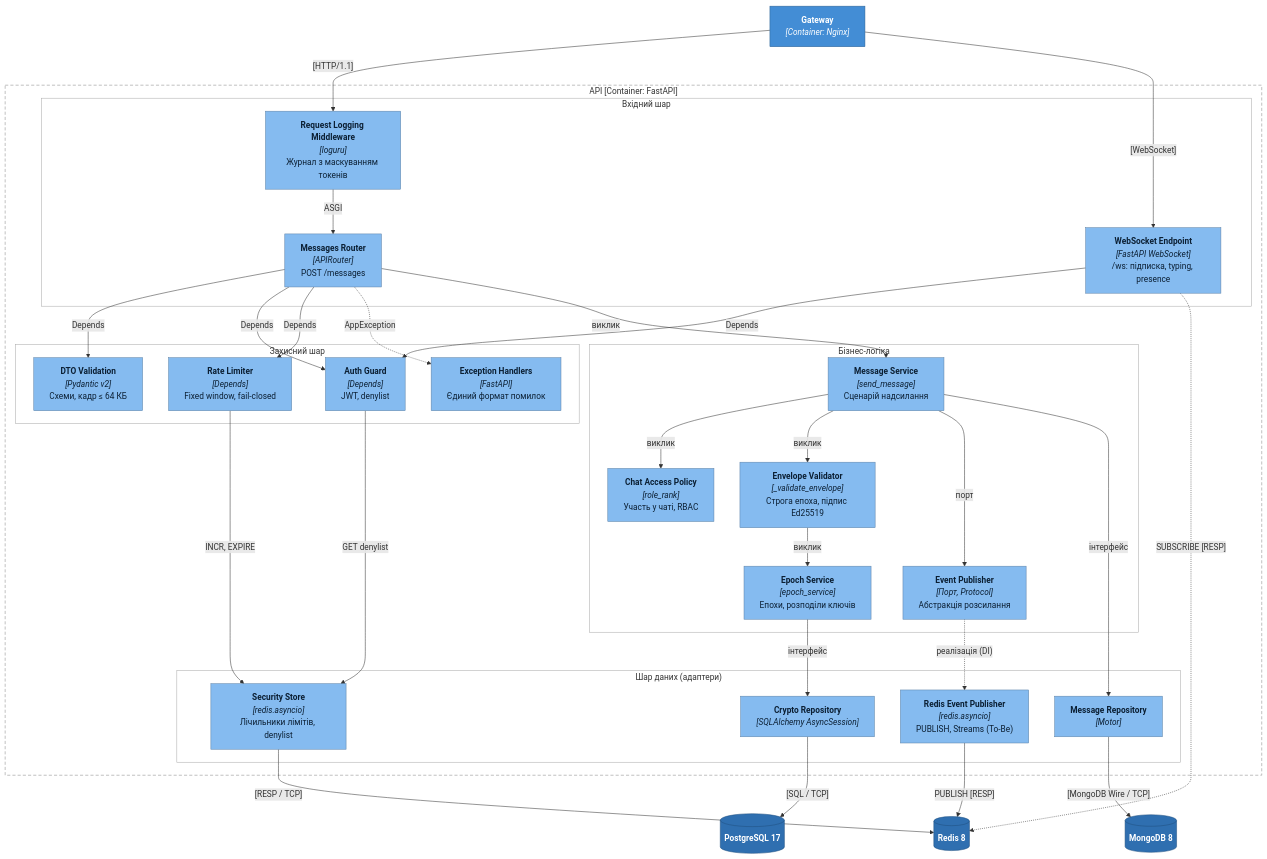
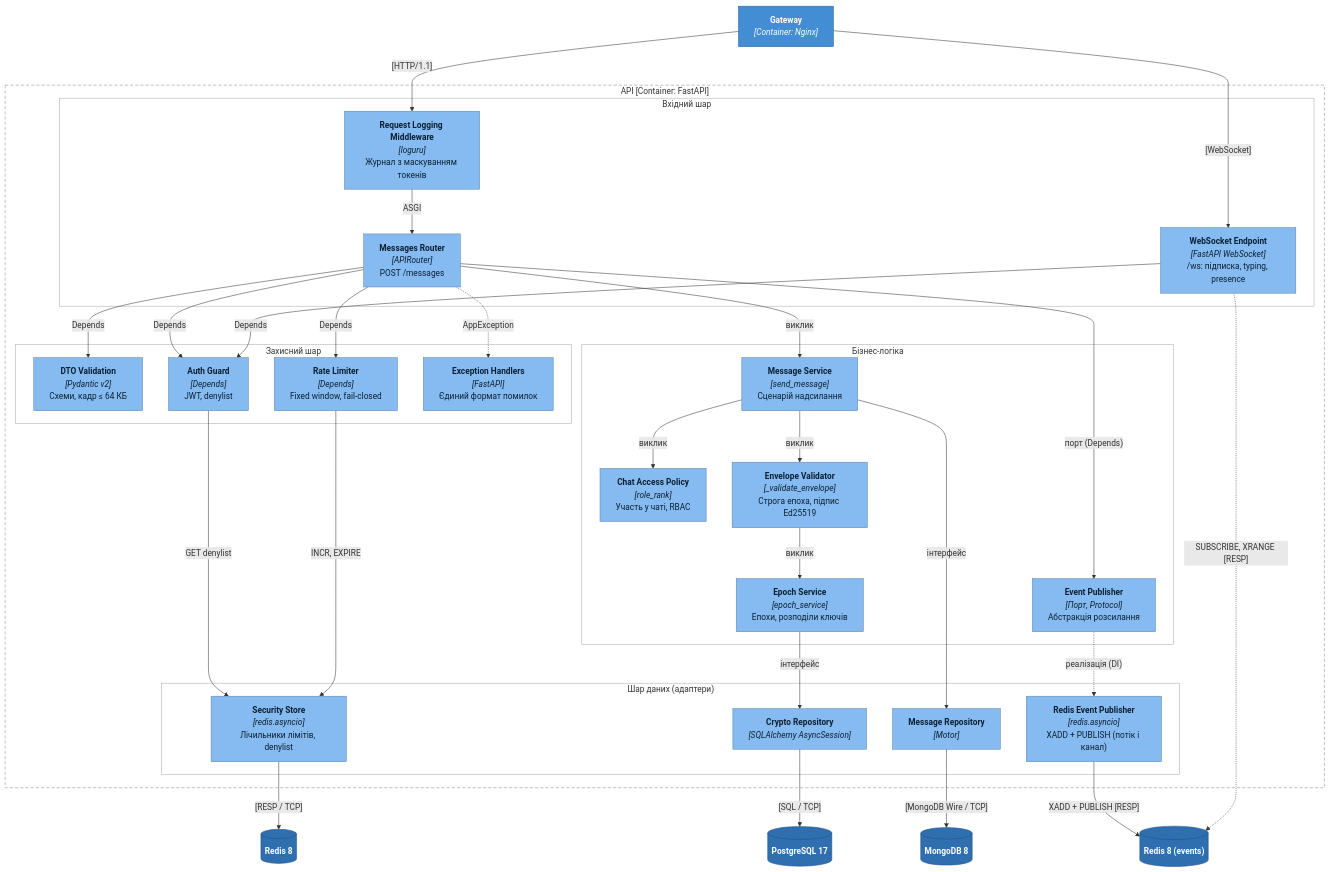
One commit to Bananbka/F2-diploma-project changed the third of 9 diagrams in docs/2_design.md. Above: the diagram before and after it, drawn with Mermaid. The commit also changed other lines of this file and 7 other files, not shown here.

````diff
--- a/docs/2_design.md
+++ b/docs/2_design.md
@@ -188,67 +193,68 @@
 ```mermaid
 flowchart TB
   gw["<b>Gateway</b><br/><i>[Container: Nginx]</i>"]
   subgraph apiB ["API [Container: FastAPI]"]
     subgraph inb ["Вхідний шар"]
       mw["<b>Request Logging Middleware</b><br/><i>[loguru]</i><br/>Журнал з маскуванням токенів"]
       router["<b>Messages Router</b><br/><i>[APIRouter]</i><br/>POST /messages"]
       wsend["<b>WebSocket Endpoint</b><br/><i>[FastAPI WebSocket]</i><br/>/ws: підписка, typing, presence"]
     end
     subgraph guard ["Захисний шар"]
       dto["<b>DTO Validation</b><br/><i>[Pydantic v2]</i><br/>Схеми, кадр ≤ 64 КБ"]
       auth["<b>Auth Guard</b><br/><i>[Depends]</i><br/>JWT, denylist"]
       rl["<b>Rate Limiter</b><br/><i>[Depends]</i><br/>Fixed window, fail-closed"]
       err["<b>Exception Handlers</b><br/><i>[FastAPI]</i><br/>Єдиний формат помилок"]
     end
     subgraph core ["Бізнес-логіка"]
       msvc["<b>Message Service</b><br/><i>[send_message]</i><br/>Сценарій надсилання"]
       policy["<b>Chat Access Policy</b><br/><i>[role_rank]</i><br/>Участь у чаті, RBAC"]
       envv["<b>Envelope Validator</b><br/><i>[_validate_envelope]</i><br/>Строга епоха, підпис Ed25519"]
       esvc["<b>Epoch Service</b><br/><i>[epoch_service]</i><br/>Епохи, розподіли ключів"]
       pub["<b>Event Publisher</b><br/><i>[Порт, Protocol]</i><br/>Абстракція розсилання"]
     end
     subgraph data ["Шар даних (адаптери)"]
       mrepo["<b>Message Repository</b><br/><i>[Motor]</i>"]
       erepo["<b>Crypto Repository</b><br/><i>[SQLAlchemy AsyncSession]</i>"]
-      redispub["<b>Redis Event Publisher</b><br/><i>[redis.asyncio]</i><br/>PUBLISH, Streams (To-Be)"]
+      redispub["<b>Redis Event Publisher</b><br/><i>[redis.asyncio]</i><br/>XADD + PUBLISH (потік і канал)"]
       sec["<b>Security Store</b><br/><i>[redis.asyncio]</i><br/>Лічильники лімітів, denylist"]
     end
   end
   pg[("<b>PostgreSQL 17</b>")]
   mongo[("<b>MongoDB 8</b>")]
   redis[("<b>Redis 8</b>")]
+  redisev[("<b>Redis 8 (events)</b>")]
   gw -- "[HTTP/1.1]" --> mw
   gw -- "[WebSocket]" --> wsend
   mw -- "ASGI" --> router
   router -- "Depends" --> dto
   router -- "Depends" --> auth
   router -- "Depends" --> rl
   wsend -- "Depends" --> auth
   router -. "AppException" .-> err
   router -- "виклик" --> msvc
   msvc -- "виклик" --> policy
   msvc -- "виклик" --> envv
   envv -- "виклик" --> esvc
-  msvc -- "порт" --> pub
+  router -- "порт (Depends)" --> pub
   msvc -- "інтерфейс" --> mrepo
   esvc -- "інтерфейс" --> erepo
   pub -. "реалізація (DI)" .-> redispub
   auth -- "GET denylist" --> sec
   rl -- "INCR, EXPIRE" --> sec
   mrepo -- "[MongoDB Wire / TCP]" --> mongo
   erepo -- "[SQL / TCP]" --> pg
-  redispub -- "PUBLISH [RESP]" --> redis
+  redispub -- "XADD + PUBLISH [RESP]" --> redisev
   sec -- "[RESP / TCP]" --> redis
-  wsend -. "SUBSCRIBE [RESP]" .-> redis
+  wsend -. "SUBSCRIBE, XRANGE [RESP]" .-> redisev
   classDef comp fill:#85bbf0,stroke:#5d82a8,color:#0b1f33
   classDef cont fill:#438dd5,stroke:#2e6295,color:#ffffff
   classDef db fill:#2f6fb0,stroke:#1f4f80,color:#ffffff
   class mw,router,wsend,dto,auth,rl,err,msvc,policy,envv,esvc,pub,mrepo,erepo,redispub,sec comp
   class gw cont
-  class pg,mongo,redis db
+  class pg,mongo,redis,redisev db
   style apiB fill:none,stroke:#888888,stroke-dasharray:6 4
   style inb fill:none,stroke:#aaaaaa
   style guard fill:none,stroke:#aaaaaa
   style core fill:none,stroke:#aaaaaa
   style data fill:none,stroke:#aaaaaa
 ```
````
